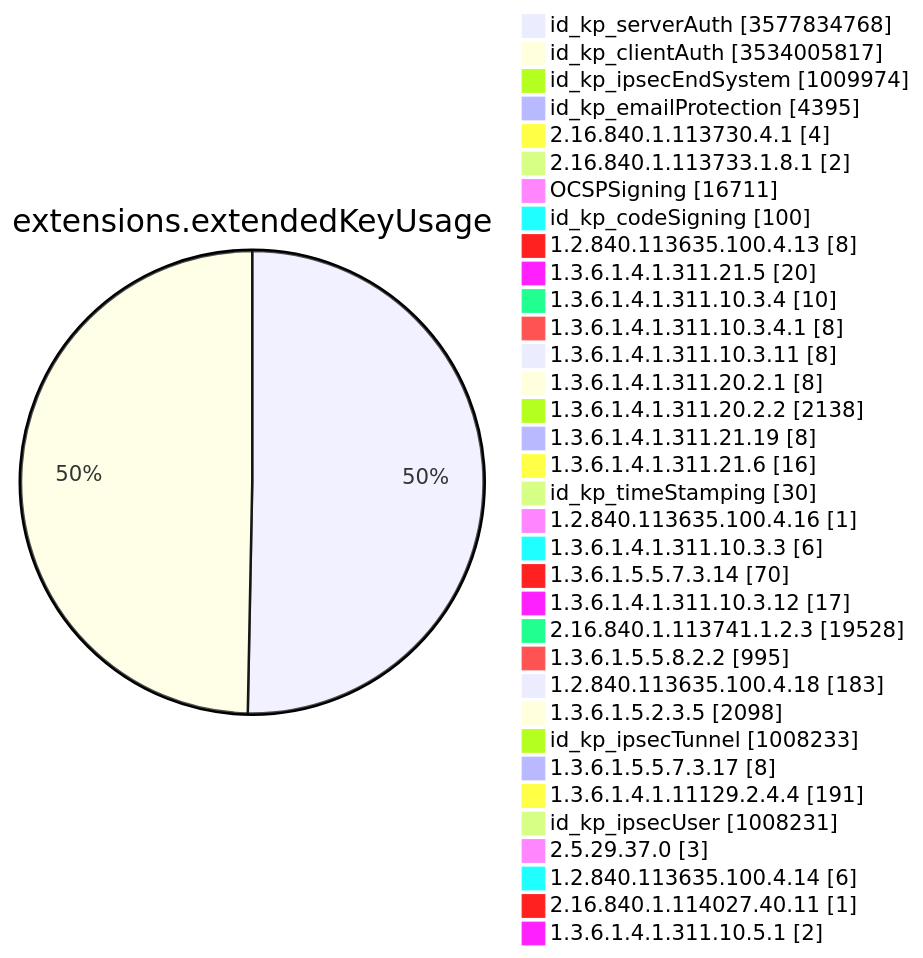
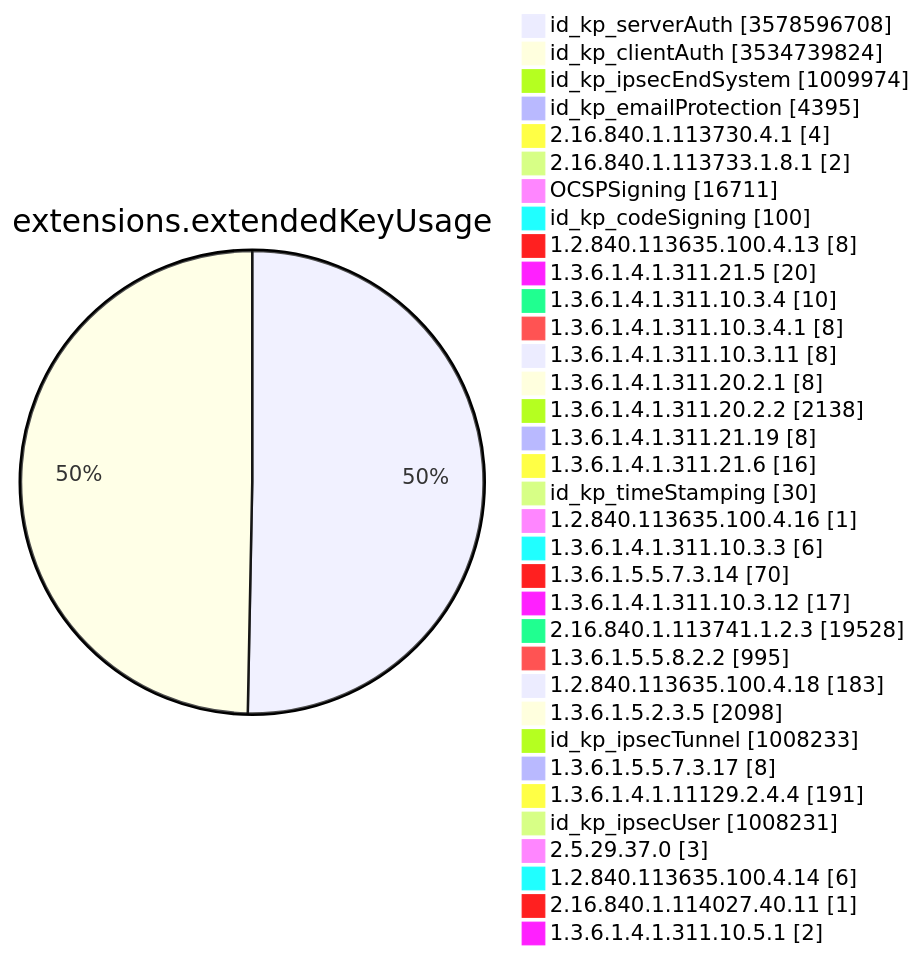
One commit to christiankrug/ctmonitor_visualization changed diagram 11 of 15 in TOTAL/README.md. Above: the diagram before and after it, drawn with Mermaid. The commit also changed other lines of this file, not shown here.

````diff
--- a/TOTAL/README.md
+++ b/TOTAL/README.md
@@ -4128,38 +4128,38 @@
 ```mermaid
 pie showData
 title extensions.extendedKeyUsage
-"id_kp_serverAuth" :3577834768
-"id_kp_clientAuth" :3534005817
+"id_kp_serverAuth" :3578596708
+"id_kp_clientAuth" :3534739824
 "id_kp_ipsecEndSystem" :1009974
 "id_kp_emailProtection" :4395
 "2.16.840.1.113730.4.1" :4
 "2.16.840.1.113733.1.8.1" :2
 "OCSPSigning" :16711
 "id_kp_codeSigning" :100
 "1.2.840.113635.100.4.13" :8
 "1.3.6.1.4.1.311.21.5" :20
 "1.3.6.1.4.1.311.10.3.4" :10
 "1.3.6.1.4.1.311.10.3.4.1" :8
 "1.3.6.1.4.1.311.10.3.11" :8
 "1.3.6.1.4.1.311.20.2.1" :8
 "1.3.6.1.4.1.311.20.2.2" :2138
 "1.3.6.1.4.1.311.21.19" :8
 "1.3.6.1.4.1.311.21.6" :16
 "id_kp_timeStamping" :30
 "1.2.840.113635.100.4.16" :1
 "1.3.6.1.4.1.311.10.3.3" :6
 "1.3.6.1.5.5.7.3.14" :70
 "1.3.6.1.4.1.311.10.3.12" :17
 "2.16.840.1.113741.1.2.3" :19528
 "1.3.6.1.5.5.8.2.2" :995
 "1.2.840.113635.100.4.18" :183
 "1.3.6.1.5.2.3.5" :2098
 "id_kp_ipsecTunnel" :1008233
 "1.3.6.1.5.5.7.3.17" :8
 "1.3.6.1.4.1.11129.2.4.4" :191
 "id_kp_ipsecUser" :1008231
 "2.5.29.37.0" :3
 "1.2.840.113635.100.4.14" :6
 "2.16.840.1.114027.40.11" :1
 "1.3.6.1.4.1.311.10.5.1" :2
 ```
````
